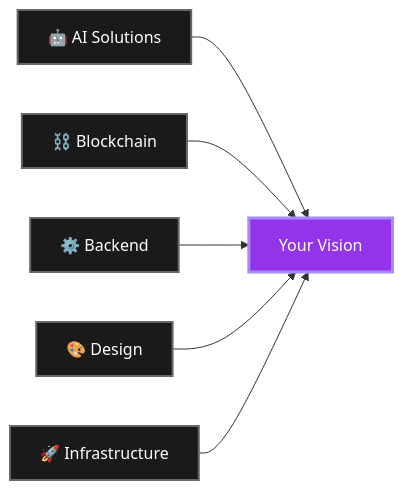
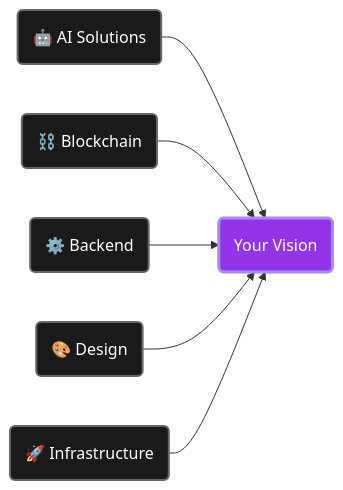
One commit to DeSource-Labs/.github changed the first of 2 diagrams in profile/README.md. Above: the diagram before and after it, drawn with Mermaid. The commit also changed other lines of this file, not shown here.

Commit message:
Update mermaid syntax for flowcharts in README

````diff
--- a/profile/README.md
+++ b/profile/README.md
@@ -61,15 +61,15 @@
 ```mermaid
 graph LR
-    A[🤖 AI Solutions] --> F[Your Vision]
-    B[⛓️ Blockchain] --> F
-    C[⚙️ Backend] --> F
-    D[🎨 Design] --> F
-    E[🚀 Infrastructure] --> F
+    A(🤖 AI Solutions) --> F(Your Vision)
+    B(⛓️ Blockchain) --> F
+    C(⚙️ Backend) --> F
+    D(🎨 Design) --> F
+    E(🚀 Infrastructure) --> F
     
     style F fill:#9333ea,stroke:#a78bfa,stroke-width:3px,color:#fff
     style A fill:#1a1a1a,stroke:#666,stroke-width:2px,color:#fff
     style B fill:#1a1a1a,stroke:#666,stroke-width:2px,color:#fff
     style C fill:#1a1a1a,stroke:#666,stroke-width:2px,color:#fff
     style D fill:#1a1a1a,stroke:#666,stroke-width:2px,color:#fff
     style E fill:#1a1a1a,stroke:#666,stroke-width:2px,color:#fff
 ```
````
